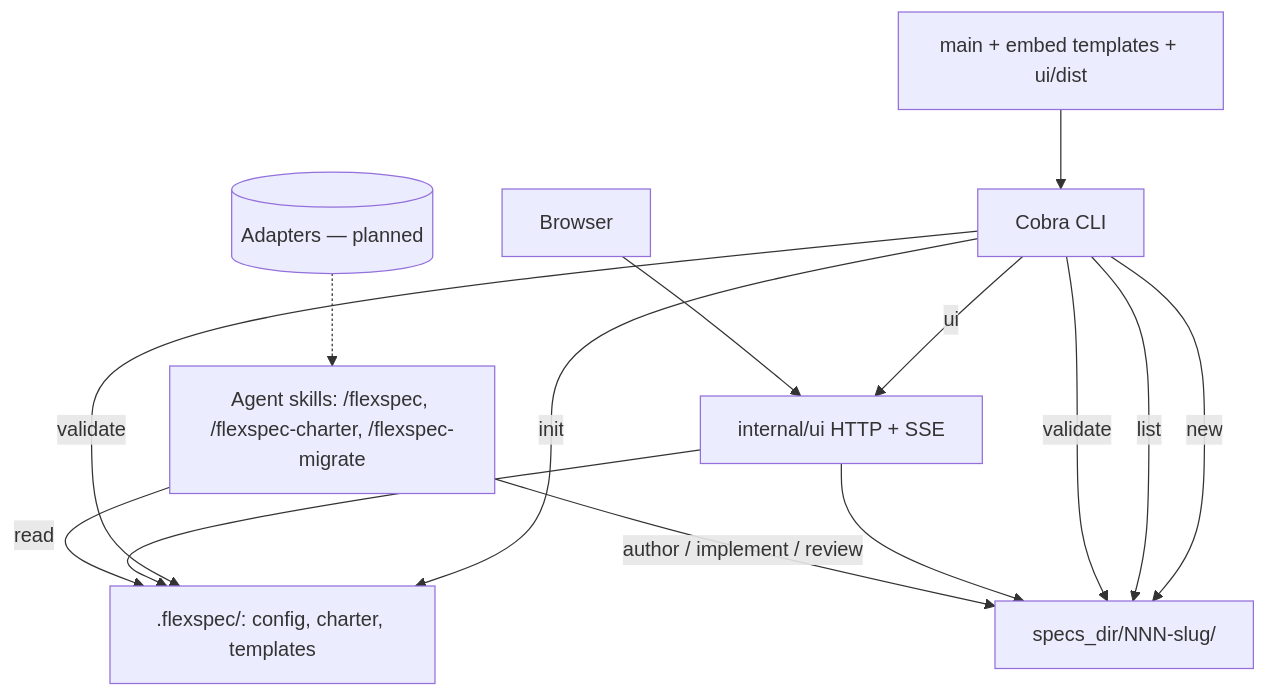
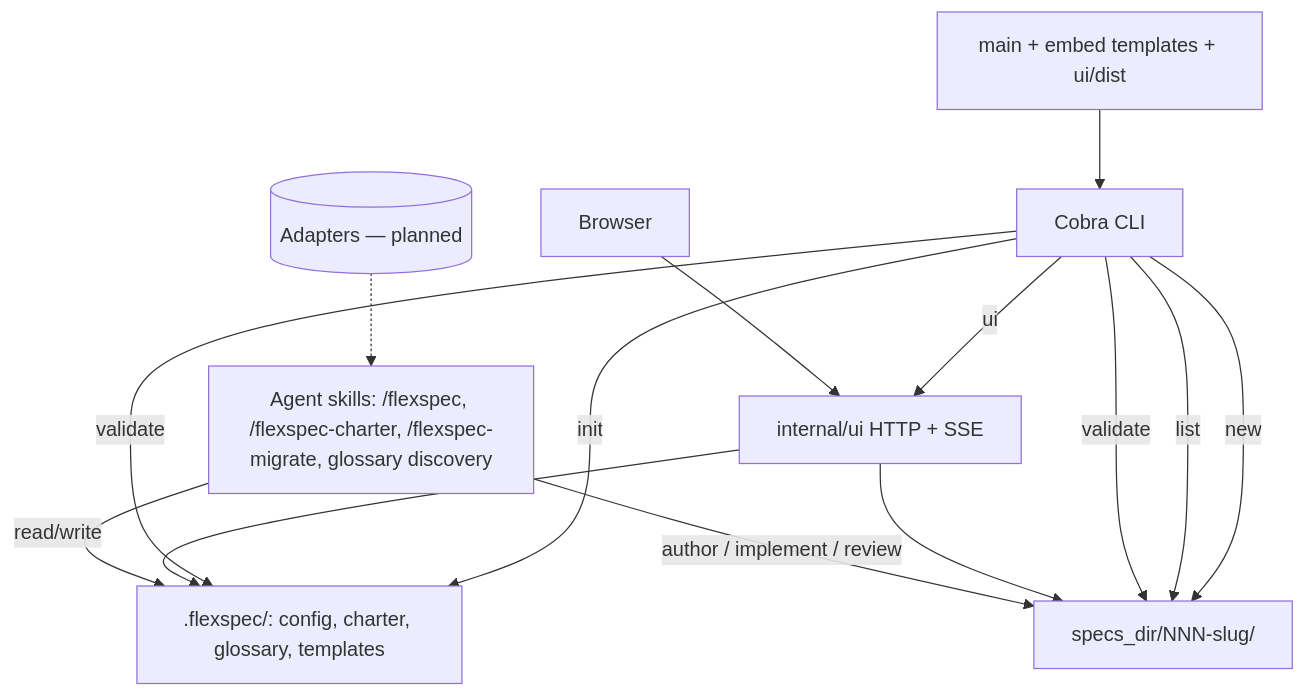
The diagram in .flexspec/charter.md (joshk418/flexspec), drawn with Mermaid before and after one commit. The commit also changed other lines of this file and 24 other files, not shown here.

````diff
--- a/.flexspec/charter.md
+++ b/.flexspec/charter.md
@@ -84,16 +84,16 @@
 ```mermaid
 flowchart TD
     main[main + embed templates + ui/dist] --> cli[Cobra CLI]
-    cli -->|init| fs[.flexspec/: config, charter, templates]
+    cli -->|init| fs[.flexspec/: config, charter, glossary, templates]
     cli -->|new| specs[specs_dir/NNN-slug/]
     cli -->|list| specs
     cli -->|validate| fs
     cli -->|validate| specs
     cli -->|ui| uiSrv[internal/ui HTTP + SSE]
     uiSrv --> specs
     uiSrv --> fs
     browser[Browser] --> uiSrv
-    skills[Agent skills: /flexspec, /flexspec-charter, /flexspec-migrate] -->|read| fs
+    skills[Agent skills: /flexspec, /flexspec-charter, /flexspec-migrate, glossary discovery] -->|read/write| fs
     skills -->|author / implement / review| specs
     adapters[(Adapters — planned)] -.-> skills
 ```
````
